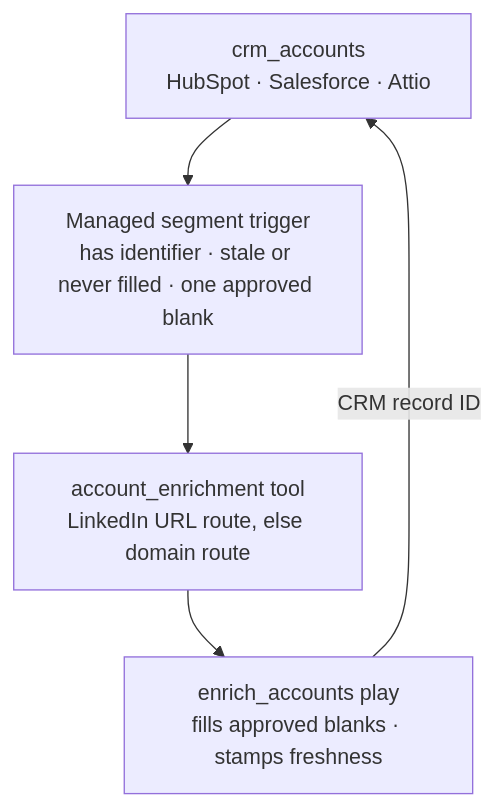
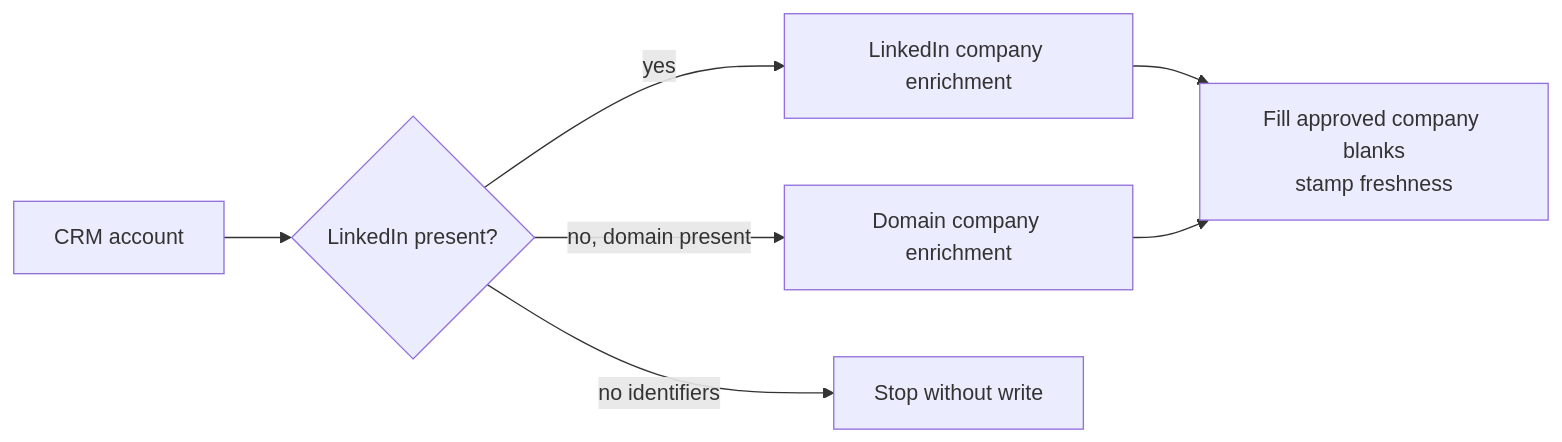
Before and after one commit to getcargohq/gtm-skills: the first of 2 diagrams in crm-enrichment/README.md, drawn with Mermaid. The commit also changed other lines of this file and 15 other files, not shown here.

First line of the commit message:
Add contact-enrichment to crm-enrichment cookbook (#23)

````diff
--- a/crm-enrichment/README.md
+++ b/crm-enrichment/README.md
@@ -21,10 +12,9 @@
 ```mermaid
-flowchart TD
-    model["crm_accounts<br/>HubSpot · Salesforce · Attio"]
-    filter["Managed segment trigger<br/>has identifier · stale or never filled · one approved blank"]
-    enrich["account_enrichment tool<br/>LinkedIn URL route, else domain route"]
-    write["enrich_accounts play<br/>fills approved blanks · stamps freshness"]
-
-    model --> filter --> enrich --> write
-    write -->|CRM record ID| model
+flowchart LR
+  account["CRM account"] --> identifier{"LinkedIn present?"}
+  identifier -->|yes| linkedin["LinkedIn company enrichment"]
+  identifier -->|no, domain present| domain["Domain company enrichment"]
+  identifier -->|no identifiers| stop["Stop without write"]
+  linkedin --> write["Fill approved company blanks<br/>stamp freshness"]
+  domain --> write
 ```
````
